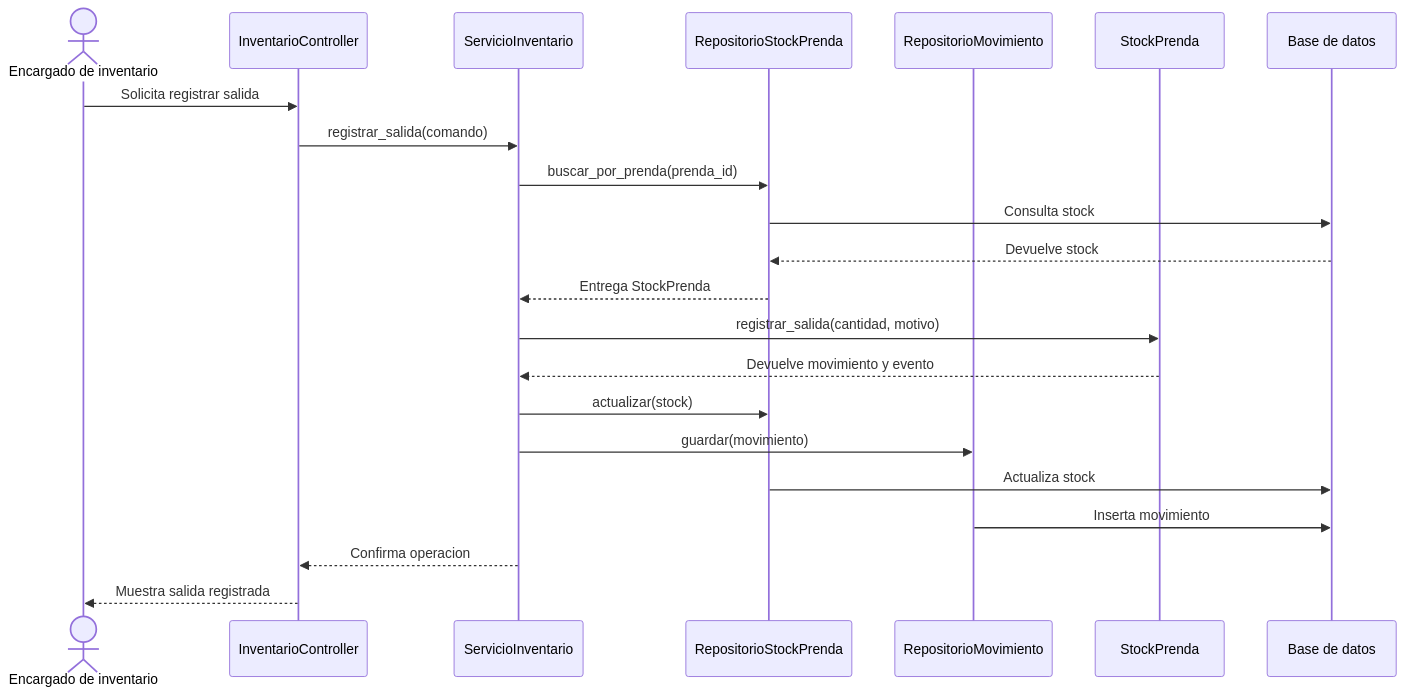
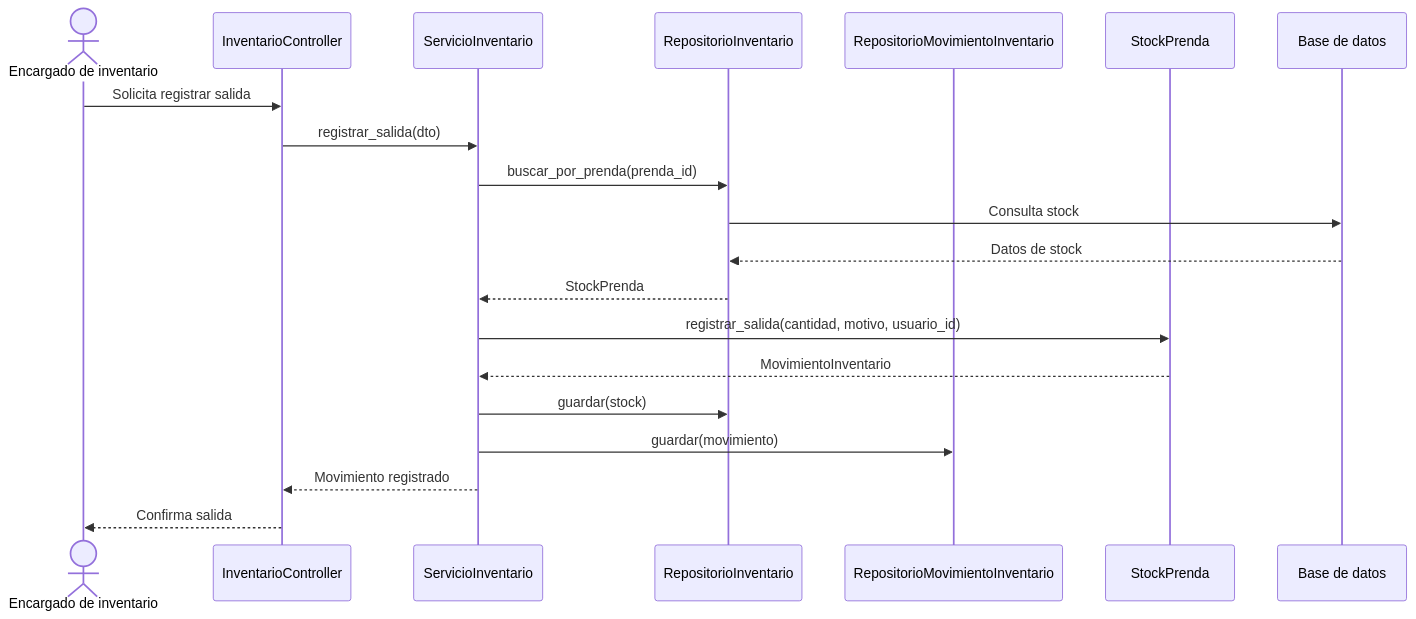
Before and after one commit to javierRock/SoftwareTextil: the third of 3 diagrams in docs/arquitectura.md, drawn with Mermaid. The commit also changed other lines of this file and 149 other files, not shown here.

````diff
--- a/docs/arquitectura.md
+++ b/docs/arquitectura.md
@@ -213,25 +158,23 @@
 ```mermaid
 sequenceDiagram
     actor Encargado as Encargado de inventario
     participant API as InventarioController
     participant Servicio as ServicioInventario
-    participant StockRepo as RepositorioStockPrenda
-    participant MovRepo as RepositorioMovimiento
+    participant StockRepo as RepositorioInventario
+    participant MovRepo as RepositorioMovimientoInventario
     participant Stock as StockPrenda
     participant DB as Base de datos
 
     Encargado->>API: Solicita registrar salida
-    API->>Servicio: registrar_salida(comando)
+    API->>Servicio: registrar_salida(dto)
     Servicio->>StockRepo: buscar_por_prenda(prenda_id)
     StockRepo->>DB: Consulta stock
-    DB-->>StockRepo: Devuelve stock
-    StockRepo-->>Servicio: Entrega StockPrenda
-    Servicio->>Stock: registrar_salida(cantidad, motivo)
-    Stock-->>Servicio: Devuelve movimiento y evento
-    Servicio->>StockRepo: actualizar(stock)
+    DB-->>StockRepo: Datos de stock
+    StockRepo-->>Servicio: StockPrenda
+    Servicio->>Stock: registrar_salida(cantidad, motivo, usuario_id)
+    Stock-->>Servicio: MovimientoInventario
+    Servicio->>StockRepo: guardar(stock)
     Servicio->>MovRepo: guardar(movimiento)
-    StockRepo->>DB: Actualiza stock
-    MovRepo->>DB: Inserta movimiento
-    Servicio-->>API: Confirma operacion
-    API-->>Encargado: Muestra salida registrada
+    Servicio-->>API: Movimiento registrado
+    API-->>Encargado: Confirma salida
 ```
````
